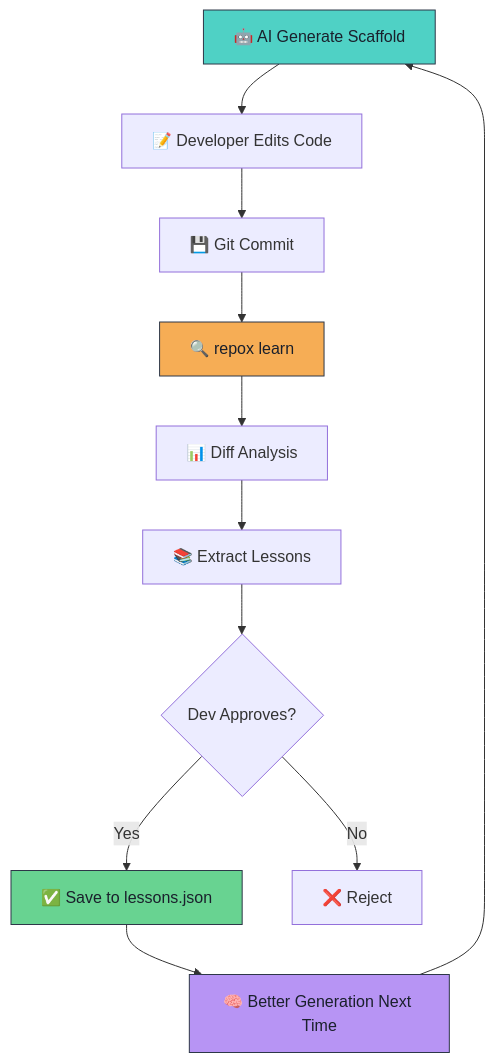
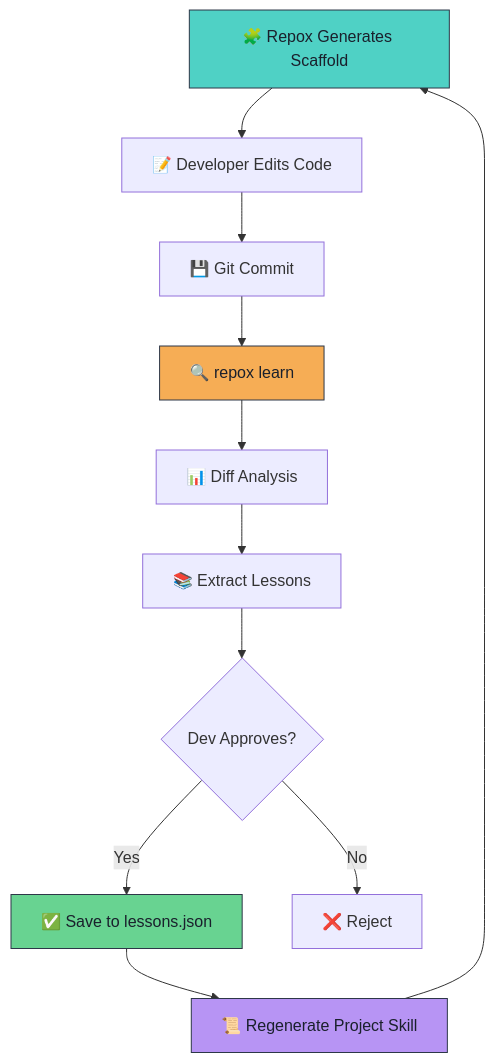
The fourth of 4 diagrams in README.md (ChonlakanSutthimatmongkhol/repox), drawn with Mermaid before and after one commit. The commit also changed other lines of this file and 17 other files, not shown here.

Commit message:
feat: make repox offline-only project skill tool

````diff
--- a/README.md
+++ b/README.md
@@ -301,18 +296,18 @@
 ```mermaid
 graph TD
-    A["🤖 AI Generate Scaffold"] --> B["📝 Developer Edits Code"]
+    A["🧩 Repox Generates Scaffold"] --> B["📝 Developer Edits Code"]
     B --> C["💾 Git Commit"]
     C --> D["🔍 repox learn"]
     D --> E["📊 Diff Analysis"]
     E --> F["📚 Extract Lessons"]
     F --> G{"Dev Approves?"}
     G -->|Yes| H["✅ Save to lessons.json"]
     G -->|No| I["❌ Reject"]
-    H --> J["🧠 Better Generation Next Time"]
+    H --> J["📜 Regenerate Project Skill"]
     J --> A
 
     style A fill:#4fd1c5,stroke:#2d3748,color:#1a202c
     style D fill:#f6ad55,stroke:#2d3748,color:#1a202c
     style H fill:#68d391,stroke:#2d3748,color:#1a202c
     style J fill:#b794f4,stroke:#2d3748,color:#1a202c
 ```
````
